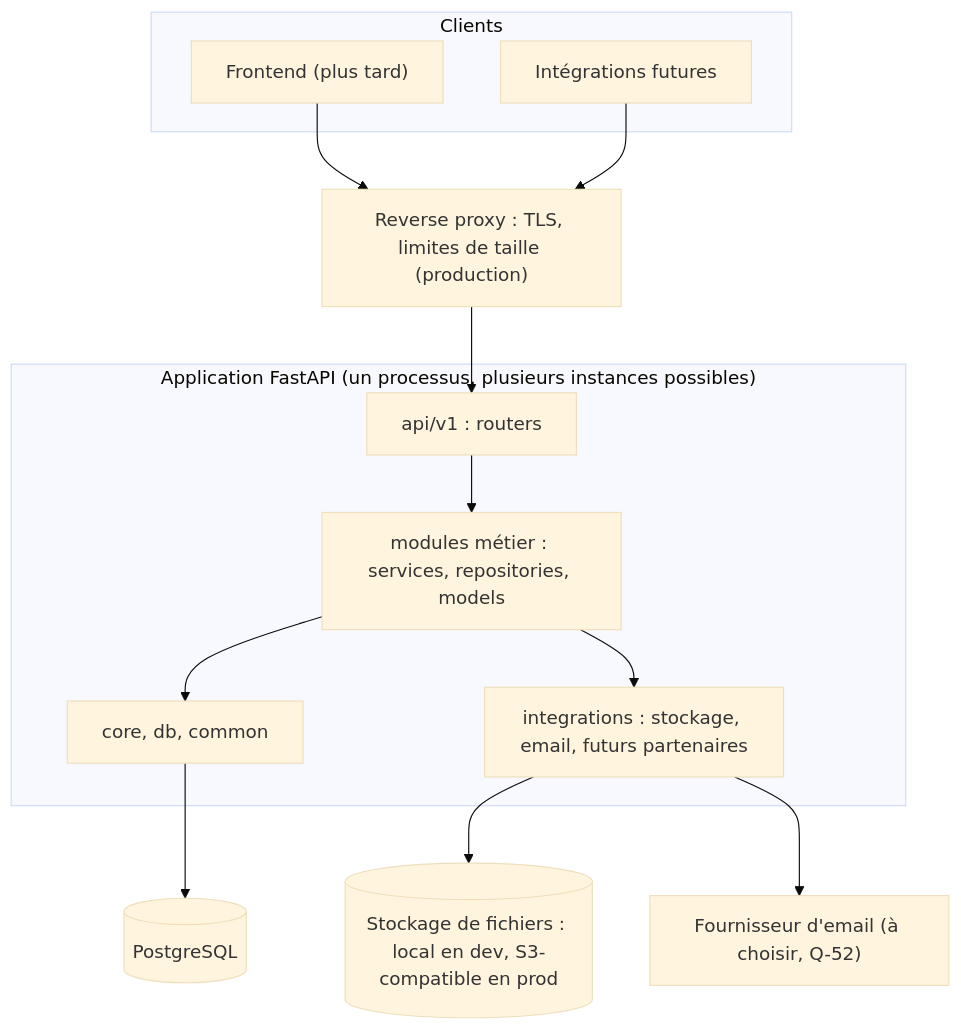
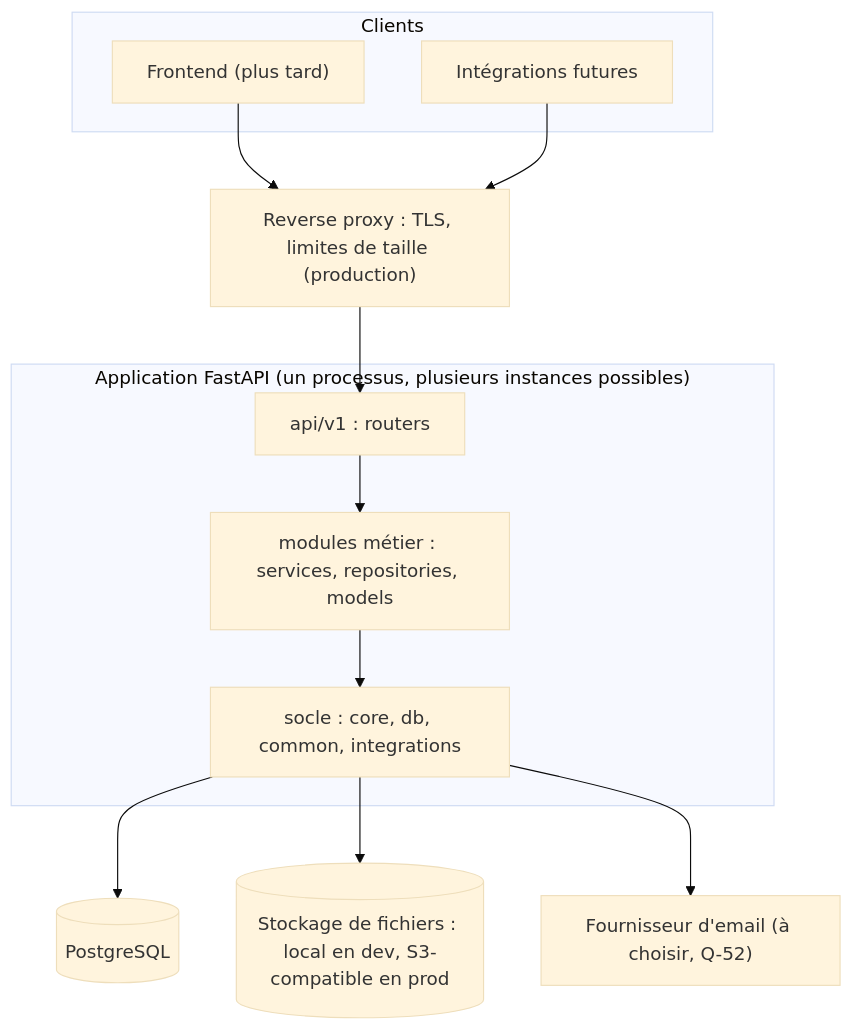
The diagram in docs/backend/architecture.md (bry4ng4rrix/Madasource), drawn with Mermaid (base theme) before and after one commit. The commit also changed other lines of this file and 14 other files, not shown here.

````diff
--- a/docs/backend/architecture.md
+++ b/docs/backend/architecture.md
@@ -29,26 +29,24 @@
 ```mermaid
 flowchart TB
     subgraph Clients
         FE["Frontend (plus tard)"]
         EXT["Intégrations futures"]
     end
     RP["Reverse proxy : TLS, limites de taille (production)"]
     subgraph APP["Application FastAPI (un processus, plusieurs instances possibles)"]
         API["api/v1 : routers"]
         MOD["modules métier : services, repositories, models"]
-        CORE["core, db, common"]
-        INT["integrations : stockage, email, futurs partenaires"]
+        CORE["socle : core, db, common, integrations"]
     end
     DB[("PostgreSQL")]
     FS[("Stockage de fichiers : local en dev, S3-compatible en prod")]
     MAIL["Fournisseur d'email (à choisir, Q-52)"]
     FE --> RP
     EXT --> RP
     RP --> API
     API --> MOD
     MOD --> CORE
-    MOD --> INT
     CORE --> DB
-    INT --> FS
-    INT --> MAIL
+    CORE --> FS
+    CORE --> MAIL
 ```
````
